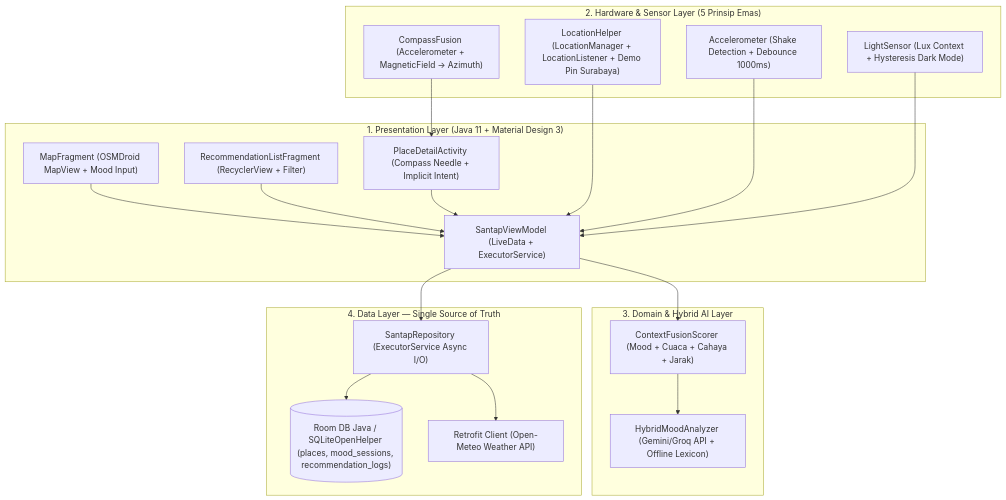
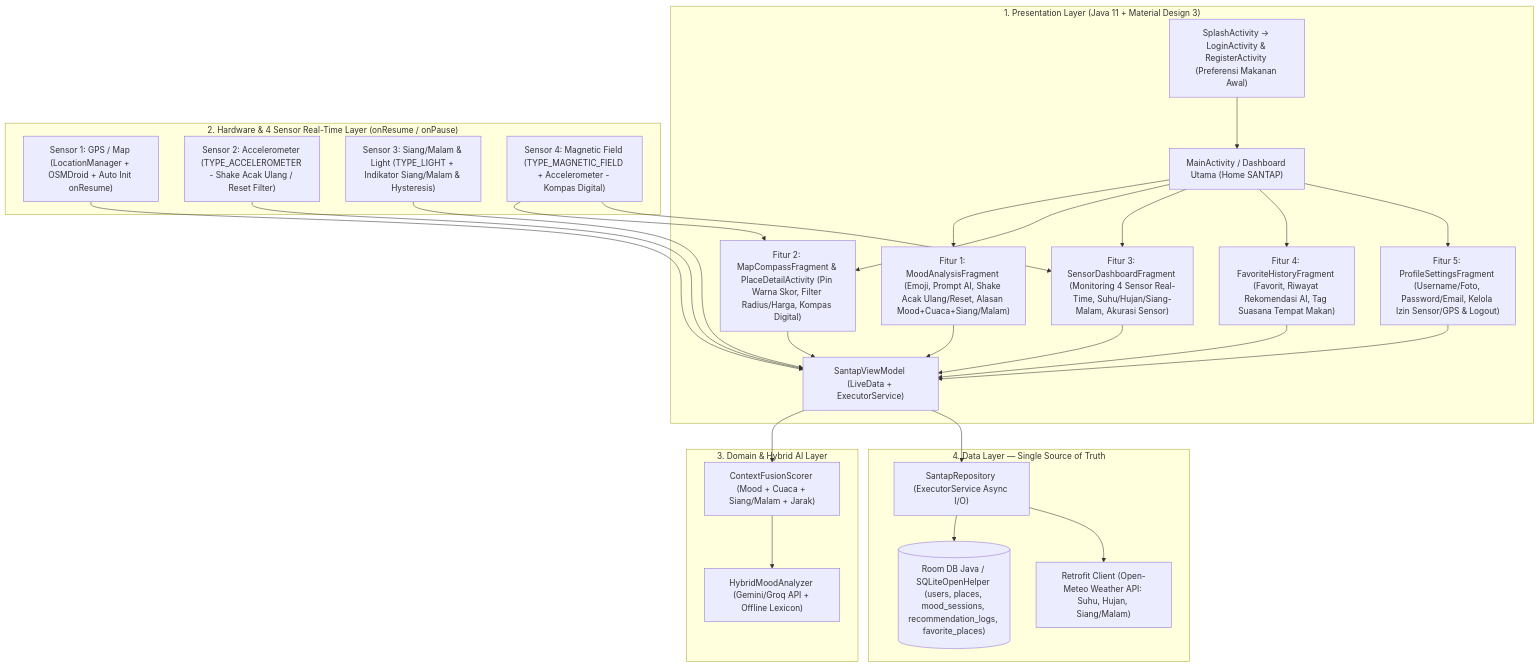
One commit to knownasrayy/SANTAP---FP-PEMMOB changed the second of 5 diagrams in SANTAP_SSOT.md. Above: the diagram before and after it, drawn with Mermaid. The commit also changed other lines of this file and 2 other files, not shown here.

Commit message:
docs: update SANTAP_SSOT to v1.3 and add rancangan flow diagram

````diff
--- a/SANTAP_SSOT.md
+++ b/SANTAP_SSOT.md
@@ -298,41 +319,56 @@
 ```mermaid
 flowchart TB
     subgraph Presentation ["1. Presentation Layer (Java 11 + Material Design 3)"]
-        MAP_UI["MapFragment (OSMDroid MapView + Mood Input)"]
-        LIST_UI["RecommendationListFragment (RecyclerView + Filter)"]
-        DET_UI["PlaceDetailActivity (Compass Needle + Implicit Intent)"]
+        AUTH_UI["SplashActivity -> LoginActivity & RegisterActivity (Preferensi Makanan Awal)"]
+        DASH_UI["MainActivity / Dashboard Utama (Home SANTAP)"]
+        F1_UI["Fitur 1: MoodAnalysisFragment (Emoji, Prompt AI, Shake Acak Ulang/Reset, Alasan Mood+Cuaca+Siang/Malam)"]
+        F2_UI["Fitur 2: MapCompassFragment & PlaceDetailActivity (Pin Warna Skor, Filter Radius/Harga, Kompas Digital)"]
+        F3_UI["Fitur 3: SensorDashboardFragment (Monitoring 4 Sensor Real-Time, Suhu/Hujan/Siang-Malam, Akurasi Sensor)"]
+        F4_UI["Fitur 4: FavoriteHistoryFragment (Favorit, Riwayat Rekomendasi AI, Tag Suasana Tempat Makan)"]
+        F5_UI["Fitur 5: ProfileSettingsFragment (Username/Foto, Password/Email, Kelola Izin Sensor/GPS & Logout)"]
         VM["SantapViewModel (LiveData + ExecutorService)"]
     end
 
-    subgraph Hardware ["2. Hardware & Sensor Layer (5 Prinsip Emas)"]
-        LOC["LocationHelper (LocationManager + LocationListener + Demo Pin Surabaya)"]
-        ACC["Accelerometer (Shake Detection + Debounce 1000ms)"]
-        LGT["LightSensor (Lux Context + Hysteresis Dark Mode)"]
-        CMP["CompassFusion (Accelerometer + MagneticField -> Azimuth)"]
+    subgraph Hardware ["2. Hardware & 4 Sensor Real-Time Layer (onResume / onPause)"]
+        LOC["Sensor 1: GPS / Map (LocationManager + OSMDroid + Auto Init onResume)"]
+        ACC["Sensor 2: Accelerometer (TYPE_ACCELEROMETER - Shake Acak Ulang / Reset Filter)"]
+        LGT["Sensor 3: Siang/Malam & Light (TYPE_LIGHT + Indikator Siang/Malam & Hysteresis)"]
+        CMP["Sensor 4: Magnetic Field (TYPE_MAGNETIC_FIELD + Accelerometer - Kompas Digital)"]
     end
 
     subgraph Domain ["3. Domain & Hybrid AI Layer"]
-        FUSE["ContextFusionScorer (Mood + Cuaca + Cahaya + Jarak)"]
+        FUSE["ContextFusionScorer (Mood + Cuaca + Siang/Malam + Jarak)"]
         MOOD_AI["HybridMoodAnalyzer (Gemini/Groq API + Offline Lexicon)"]
     end
 
     subgraph Data ["4. Data Layer — Single Source of Truth"]
         REPO["SantapRepository (ExecutorService Async I/O)"]
-        ROOM[("Room DB Java / SQLiteOpenHelper (places, mood_sessions, recommendation_logs)")]
-        METEO_API["Retrofit Client (Open-Meteo Weather API)"]
+        ROOM[("Room DB Java / SQLiteOpenHelper (users, places, mood_sessions, recommendation_logs, favorite_places)")]
+        METEO_API["Retrofit Client (Open-Meteo Weather API: Suhu, Hujan, Siang/Malam)"]
     end
 
-    MAP_UI --> VM
-    LIST_UI --> VM
-    DET_UI --> VM
+    AUTH_UI --> DASH_UI
+    DASH_UI --> F1_UI
+    DASH_UI --> F2_UI
+    DASH_UI --> F3_UI
+    DASH_UI --> F4_UI
+    DASH_UI --> F5_UI
+
+    F1_UI --> VM
+    F2_UI --> VM
+    F3_UI --> VM
+    F4_UI --> VM
+    F5_UI --> VM
+
     LOC --> VM
     ACC --> VM
     LGT --> VM
-    CMP --> DET_UI
+    CMP --> F2_UI
+    CMP --> F3_UI
 
     VM --> FUSE
     FUSE --> MOOD_AI
     VM --> REPO
     REPO --> ROOM
     REPO --> METEO_API
 ```
````
